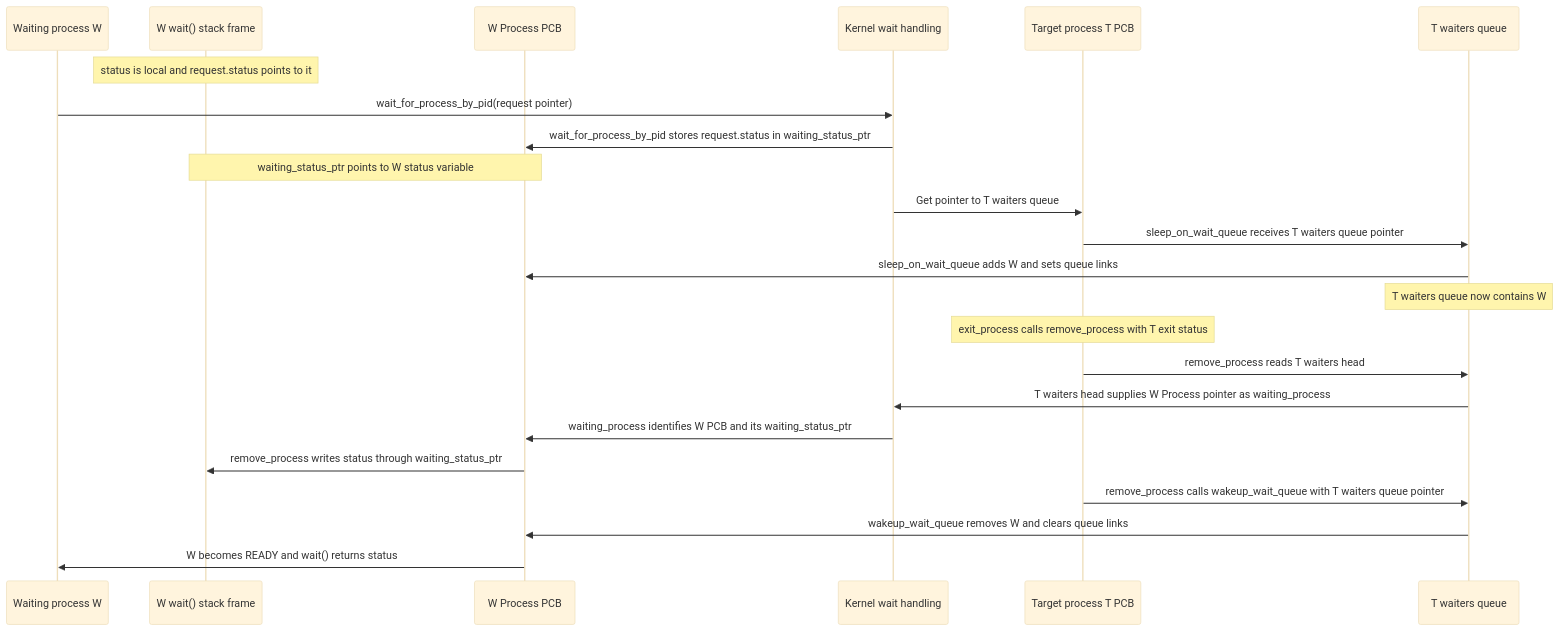
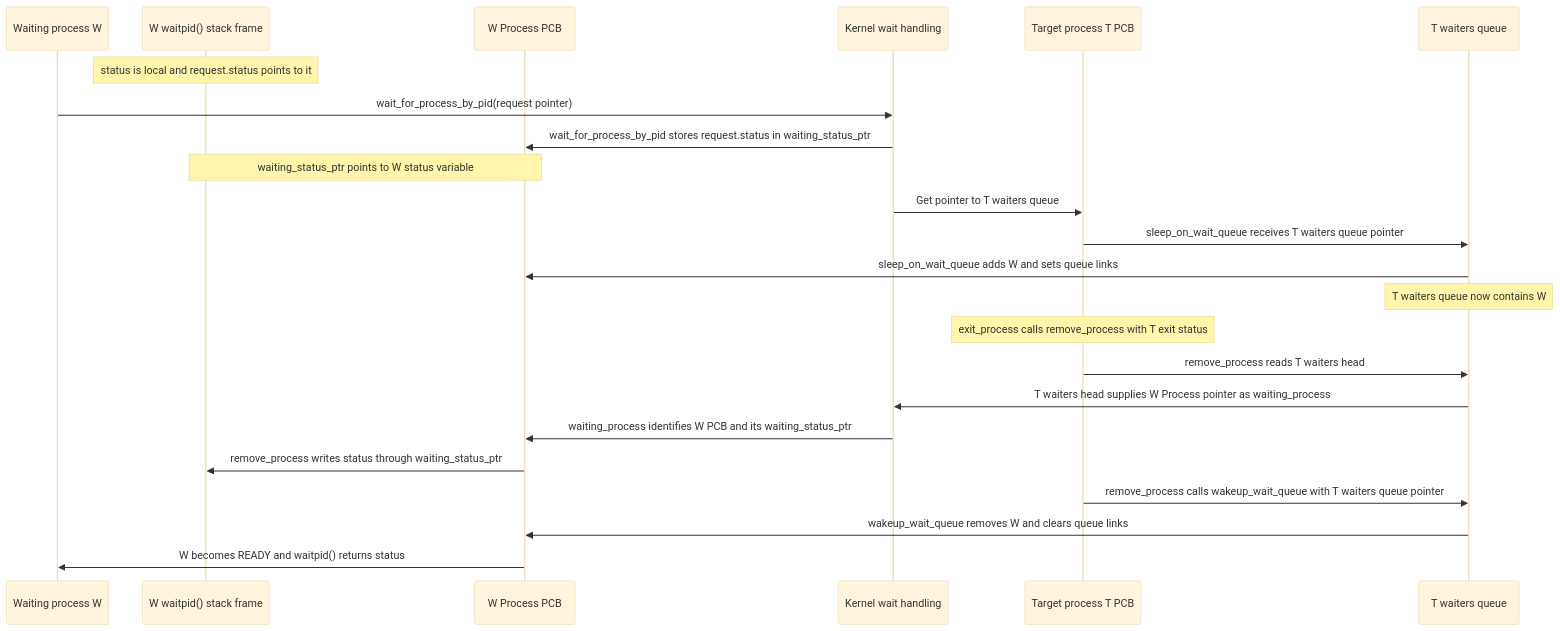
The diagram in README.md (matthejue/Pico-OS), drawn with Mermaid (base theme) before and after one commit. The commit also changed other lines of this file and 22 other files, not shown here.

Commit message:
renamed the wait API to waitpid and moved it into lib/sys/wait with updated includes, syscall structures, kernel handling, and build dependencies. Added getpid to the unistd library through a new syscall.

````diff
--- a/README.md
+++ b/README.md
@@ -6,27 +6,27 @@
 ```mermaid
 sequenceDiagram
     participant W as Waiting process W
-    participant WS as W wait() stack frame
+    participant WS as W waitpid() stack frame
     participant WP as W Process PCB
     participant K as Kernel wait handling
     participant TP as Target process T PCB
     participant TQ as T waiters queue
 
     Note over WS: status is local and request.status points to it
     W->>K: wait_for_process_by_pid(request pointer)
     K->>WP: wait_for_process_by_pid stores request.status in waiting_status_ptr
     Note over WP,WS: waiting_status_ptr points to W status variable
     K->>TP: Get pointer to T waiters queue
     TP->>TQ: sleep_on_wait_queue receives T waiters queue pointer
     TQ->>WP: sleep_on_wait_queue adds W and sets queue links
     Note over TQ: T waiters queue now contains W
 
     Note over TP: exit_process calls remove_process with T exit status
     TP->>TQ: remove_process reads T waiters head
     TQ->>K: T waiters head supplies W Process pointer as waiting_process
     K->>WP: waiting_process identifies W PCB and its waiting_status_ptr
     WP->>WS: remove_process writes status through waiting_status_ptr
     TP->>TQ: remove_process calls wakeup_wait_queue with T waiters queue pointer
     TQ->>WP: wakeup_wait_queue removes W and clears queue links
-    WP->>W: W becomes READY and wait() returns status
+    WP->>W: W becomes READY and waitpid() returns status
 ```
````
